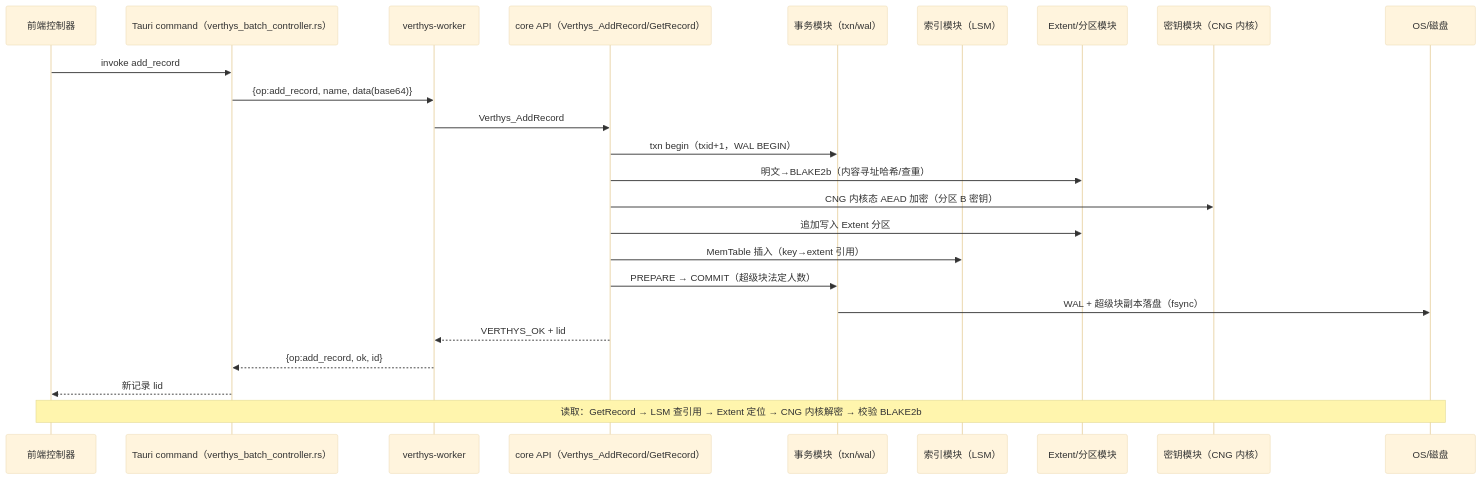
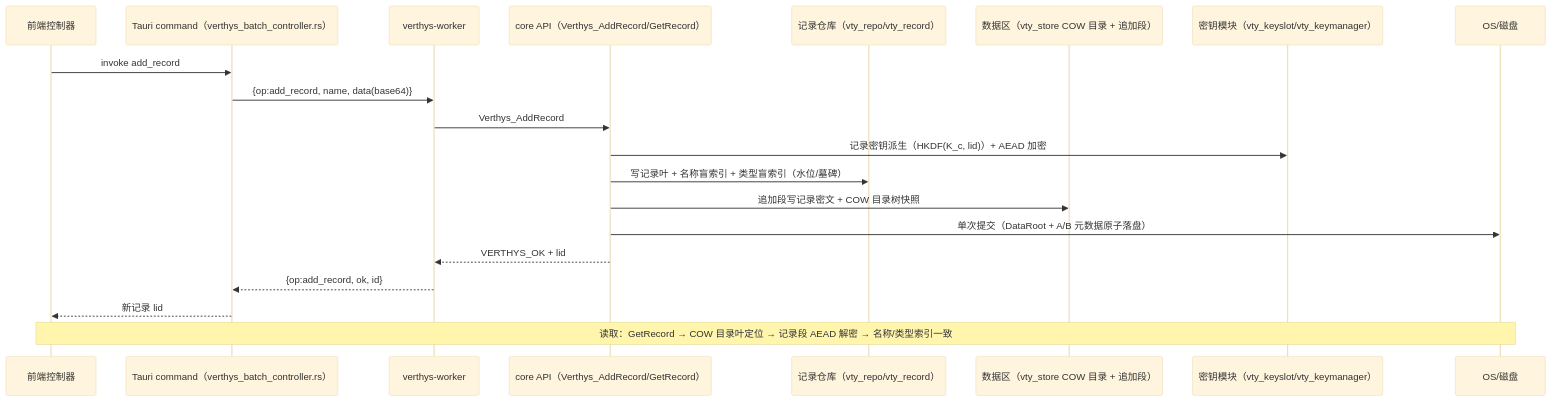
The second of 6 diagrams in docs/DATA_FLOW.md (K1Super/Verthys), drawn with Mermaid (base theme) before and after one commit. The commit also changed other lines of this file and 583 other files, not shown here.

````diff
--- a/docs/DATA_FLOW.md
+++ b/docs/DATA_FLOW.md
@@ -43,26 +40,22 @@
 ```mermaid
 sequenceDiagram
     participant FE as 前端控制器
     participant TC as Tauri command（verthys_batch_controller.rs）
     participant WK as verthys-worker
     participant API as core API（Verthys_AddRecord/GetRecord）
-    participant TX as 事务模块（txn/wal）
-    participant IDX as 索引模块（LSM）
-    participant EXT as Extent/分区模块
-    participant KM as 密钥模块（CNG 内核）
+    participant REPO as 记录仓库（vty_repo/vty_record）
+    participant ST as 数据区（vty_store COW 目录 + 追加段）
+    participant KM as 密钥模块（vty_keyslot/vty_keymanager）
     participant OS as OS/磁盘
     FE->>TC: invoke add_record
     TC->>WK: {op:add_record, name, data(base64)}
     WK->>API: Verthys_AddRecord
-    API->>TX: txn begin（txid+1，WAL BEGIN）
-    API->>EXT: 明文→BLAKE2b（内容寻址哈希/查重）
-    API->>KM: CNG 内核态 AEAD 加密（分区 B 密钥）
-    API->>EXT: 追加写入 Extent 分区
-    API->>IDX: MemTable 插入（key→extent 引用）
-    API->>TX: PREPARE → COMMIT（超级块法定人数）
-    TX->>OS: WAL + 超级块副本落盘（fsync）
+    API->>KM: 记录密钥派生（HKDF(K_c, lid)）+ AEAD 加密
+    API->>REPO: 写记录叶 + 名称盲索引 + 类型盲索引（水位/墓碑）
+    API->>ST: 追加段写记录密文 + COW 目录树快照
+    API->>OS: 单次提交（DataRoot + A/B 元数据原子落盘）
     API-->>WK: VERTHYS_OK + lid
     WK-->>TC: {op:add_record, ok, id}
     TC-->>FE: 新记录 lid
-    Note over FE,OS: 读取：GetRecord → LSM 查引用 → Extent 定位 → CNG 内核解密 → 校验 BLAKE2b
+    Note over FE,OS: 读取：GetRecord → COW 目录叶定位 → 记录段 AEAD 解密 → 名称/类型索引一致
 ```
````
